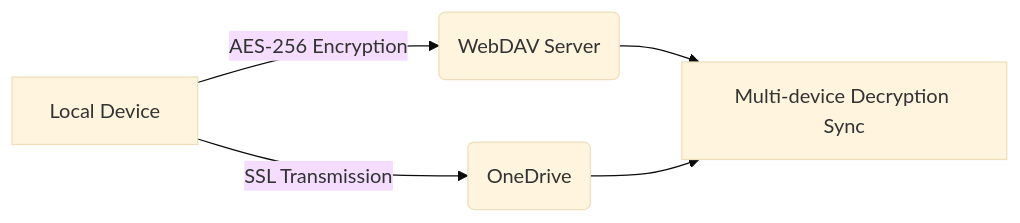
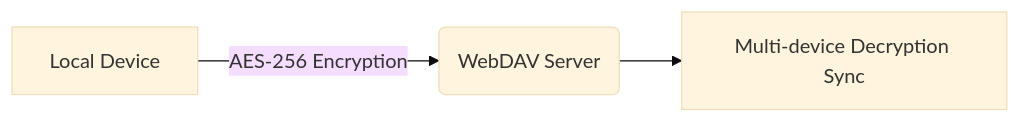
The diagram in README.md (ic005k/Knot), drawn with Mermaid (base theme) before and after one commit. The commit also changed other lines of this file and 21 other files, not shown here.

````diff
--- a/README.md
+++ b/README.md
@@ -70,7 +70,5 @@
 ```mermaid
 graph LR
     A[Local Device] -->|AES-256 Encryption| B(WebDAV Server)
-    A -->|SSL Transmission| C(OneDrive)
     B --> D[Multi-device Decryption Sync]
-    C --> D
 ```
````
